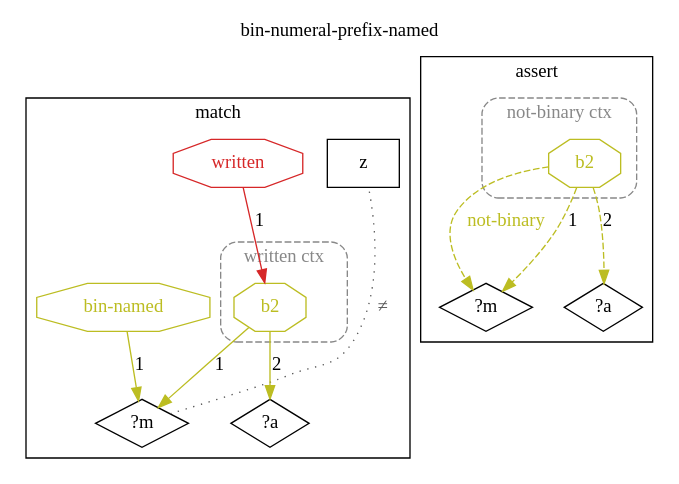
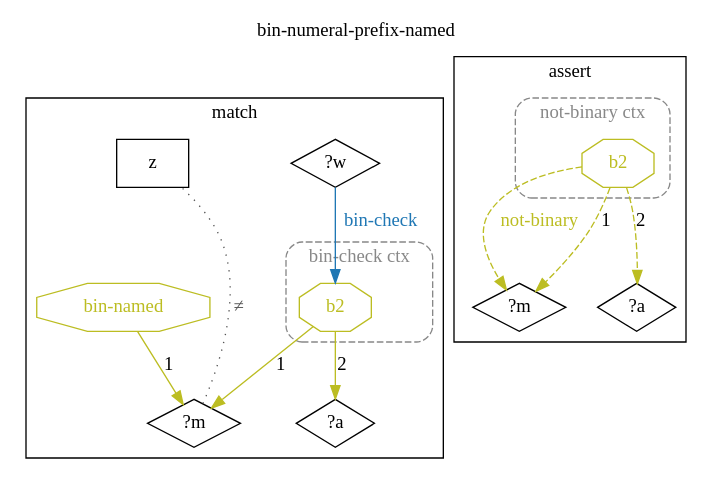
The diagram in docs/ein/user/04-reference/04-stdlib/diagrams/15-std.math.binary.bin-numeral-prefix-named.dot (agutikov/ein), drawn with Graphviz before and after one commit. The commit also changed 250 other files, not shown here.

```diff
--- a/docs/ein/user/04-reference/04-stdlib/diagrams/15-std.math.binary.bin-numeral-prefix-named.dot
+++ b/docs/ein/user/04-reference/04-stdlib/diagrams/15-std.math.binary.bin-numeral-prefix-named.dot
@@ -1,31 +1,31 @@
 digraph rule_bin_numeral_prefix_named_lhs_rhs {
   rankdir=TB;
   label="bin-numeral-prefix-named"; labelloc=t;
   subgraph cluster_lhs { label="match";
+    "?w_L" [label="?w", shape=diamond];
     "?m_L" [label="?m", shape=diamond];
     "?a_L" [label="?a", shape=diamond];
     "z_L" [label="z", shape=rectangle];
     subgraph cluster_ctx_L_0 {
-      label="written ctx"; style="dashed,rounded"; color="#888888"; fontcolor="#888888";
+      label="bin-check ctx"; style="dashed,rounded"; color="#888888"; fontcolor="#888888";
       "(b2 ?m ?a)_L" [shape=octagon, label="b2", color="#bcbd22", fontcolor="#bcbd22"];
     }
-    "h1_written_L" [shape=octagon, label="written", color="#d62728", fontcolor="#d62728"];
-    "h1_written_L" -> "(b2 ?m ?a)_L" [label="1", color="#d62728"];
+    "?w_L" -> "(b2 ?m ?a)_L" [label="bin-check", color="#1f77b4", fontcolor="#1f77b4"];
     "?m_L" -> "z_L" [label="≠", dir=none, style=dotted, color="#555555", fontcolor="#555555", constraint=false];
-    "h2_bin-named_L" [shape=octagon, label="bin-named", color="#bcbd22", fontcolor="#bcbd22"];
-    "h2_bin-named_L" -> "?m_L" [label="1", color="#bcbd22"];
+    "h1_bin-named_L" [shape=octagon, label="bin-named", color="#bcbd22", fontcolor="#bcbd22"];
+    "h1_bin-named_L" -> "?m_L" [label="1", color="#bcbd22"];
     "(b2 ?m ?a)_L" -> "?m_L" [label="1", color="#bcbd22"];
     "(b2 ?m ?a)_L" -> "?a_L" [label="2", color="#bcbd22"];
   }
   subgraph cluster_rhs { label="assert";
     "?m_R" [label="?m", shape=diamond];
     "?a_R" [label="?a", shape=diamond];
     subgraph cluster_ctx_R_0 {
       label="not-binary ctx"; style="dashed,rounded"; color="#888888"; fontcolor="#888888";
       "(b2 ?m ?a)_R" [shape=octagon, label="b2", color="#bcbd22", fontcolor="#bcbd22"];
     }
     "(b2 ?m ?a)_R" -> "?m_R" [label="not-binary", color="#bcbd22", fontcolor="#bcbd22", style=dashed];
     "(b2 ?m ?a)_R" -> "?m_R" [label="1", color="#bcbd22", style=dashed];
     "(b2 ?m ?a)_R" -> "?a_R" [label="2", color="#bcbd22", style=dashed];
   }
 }
```
